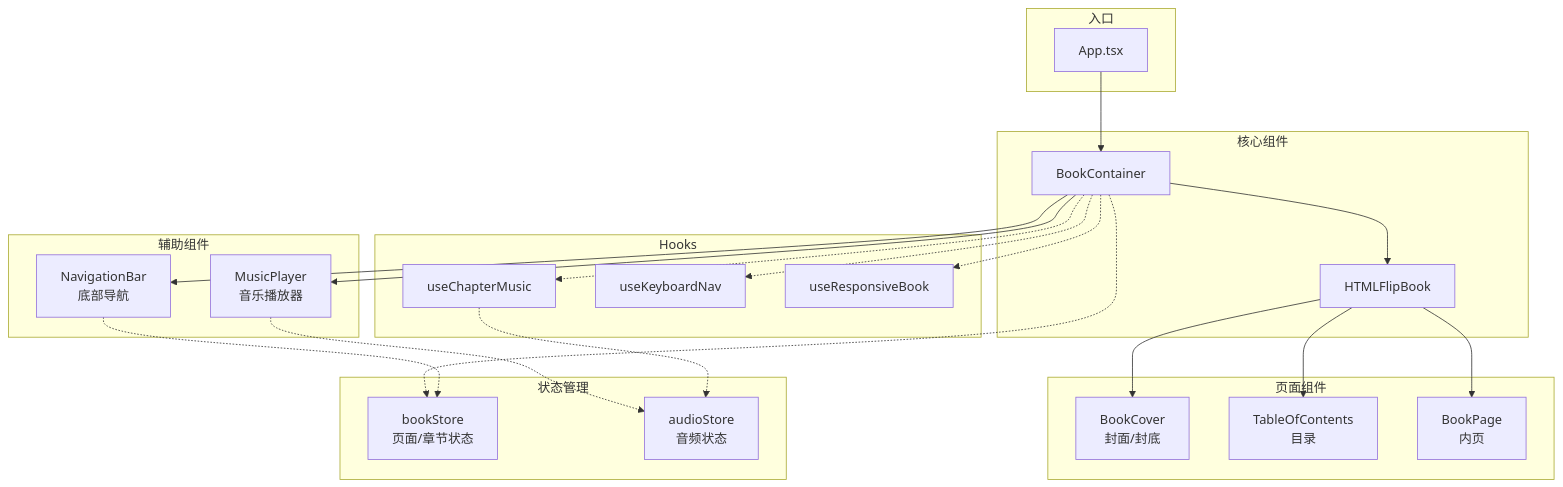
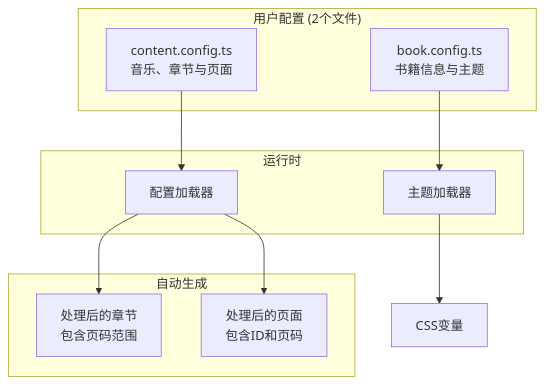
The first of 6 diagrams in README.zh-CN.md (ChanMeng666/chan-meng-novel-web), drawn with Mermaid before and after one commit. The commit also changed other lines of this file and 1 other file, not shown here.

First line of the commit message:
docs: rebrand as universal e-book template with comprehensive tutorials

````diff
--- a/README.zh-CN.md
+++ b/README.zh-CN.md
@@ -62,49 +68,23 @@
 ```mermaid
 graph TB
-    subgraph "入口"
-        App[App.tsx]
+    subgraph "用户配置 (2个文件)"
+        BC[book.config.ts<br/>书籍信息与主题]
+        CC[content.config.ts<br/>音乐、章节与页面]
     end
 
-    subgraph "核心组件"
-        BC[BookContainer]
-        HP[HTMLFlipBook]
-        BC --> HP
+    subgraph "自动生成"
+        PC[处理后的章节<br/>包含页码范围]
+        PP[处理后的页面<br/>包含ID和页码]
     end
 
-    subgraph "页面组件"
-        Cover[BookCover<br/>封面/封底]
-        TOC[TableOfContents<br/>目录]
-        BP[BookPage<br/>内页]
+    subgraph "运行时"
+        CL[配置加载器]
+        TL[主题加载器]
     end
 
-    subgraph "辅助组件"
-        Nav[NavigationBar<br/>底部导航]
-        Music[MusicPlayer<br/>音乐播放器]
-    end
-
-    subgraph "状态管理"
-        BS[bookStore<br/>页面/章节状态]
-        AS[audioStore<br/>音频状态]
-    end
-
-    subgraph "Hooks"
-        UCM[useChapterMusic]
-        UKN[useKeyboardNav]
-        URB[useResponsiveBook]
-    end
-
-    App --> BC
-    HP --> Cover
-    HP --> TOC
-    HP --> BP
-    BC --> Nav
-    BC --> Music
-
-    BC -.-> BS
-    BC -.-> UCM
-    BC -.-> UKN
-    BC -.-> URB
-    Music -.-> AS
-    UCM -.-> AS
-    Nav -.-> BS
+    BC --> TL
+    CC --> CL
+    CL --> PC
+    CL --> PP
+    TL --> CSS[CSS变量]
 ```
````
